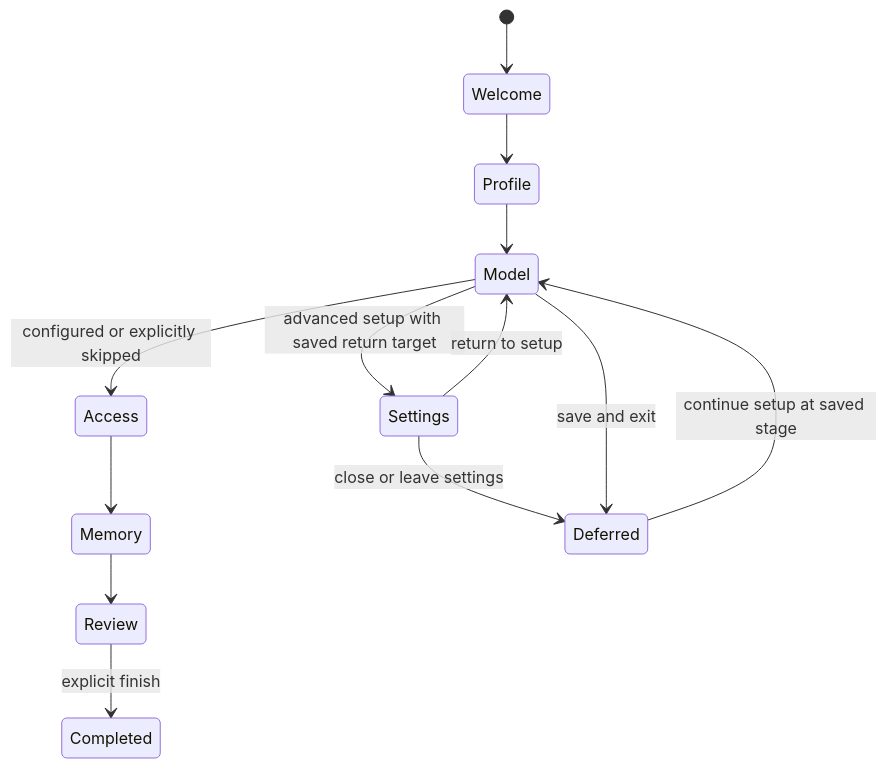
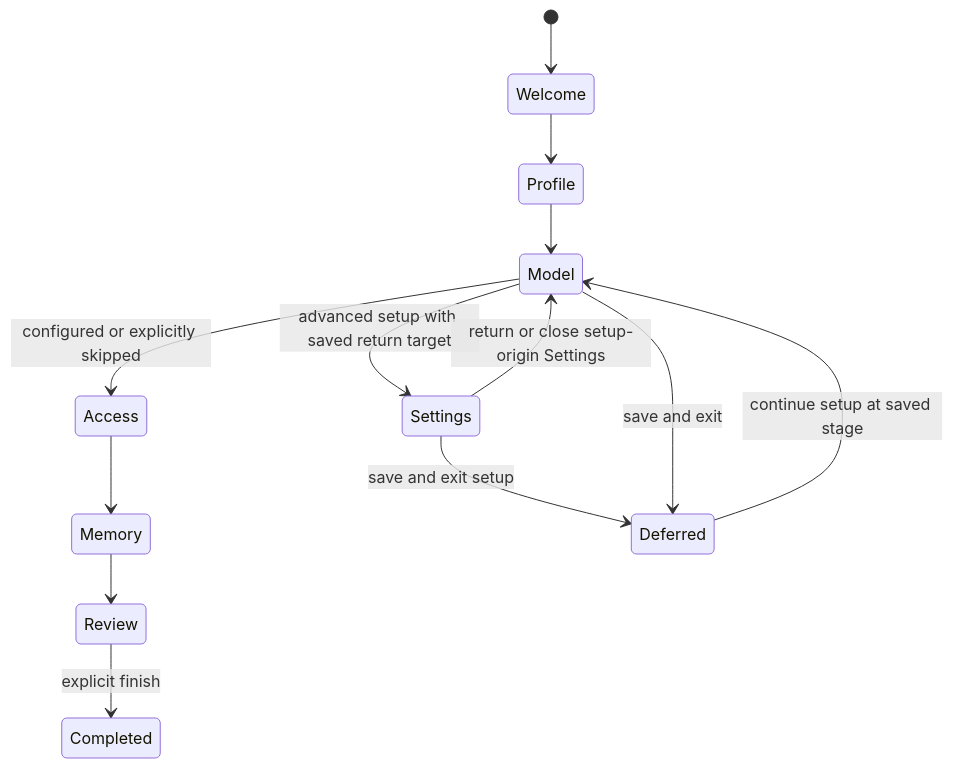
One commit to TudorOP/Intelligence changed the diagram in docs/ONBOARDING_1_0_PLAN.md. Above: the diagram before and after it, drawn with Mermaid. The commit also changed other lines of this file, not shown here.

Commit message:
Clarify explicit onboarding entry and Settings return behavior

````diff
--- a/docs/ONBOARDING_1_0_PLAN.md
+++ b/docs/ONBOARDING_1_0_PLAN.md
@@ -59,15 +59,15 @@
 ```mermaid
 stateDiagram-v2
     [*] --> Welcome
     Welcome --> Profile
     Profile --> Model
     Model --> Access: configured or explicitly skipped
     Access --> Memory
     Memory --> Review
     Review --> Completed: explicit finish
     Model --> Settings: advanced setup with saved return target
-    Settings --> Model: return to setup
-    Settings --> Deferred: close or leave settings
+    Settings --> Model: return or close setup-origin Settings
+    Settings --> Deferred: save and exit setup
     Model --> Deferred: save and exit
     Deferred --> Model: continue setup at saved stage
 ```
````
